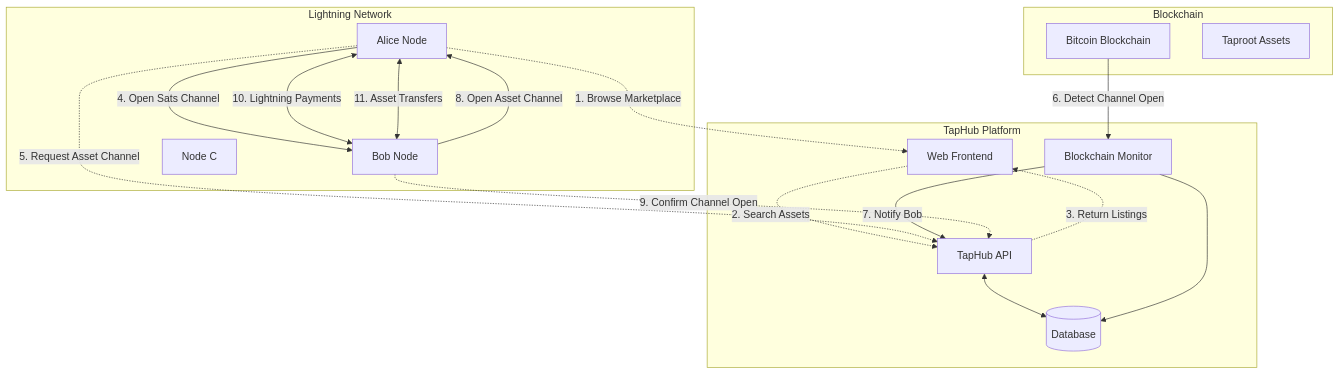
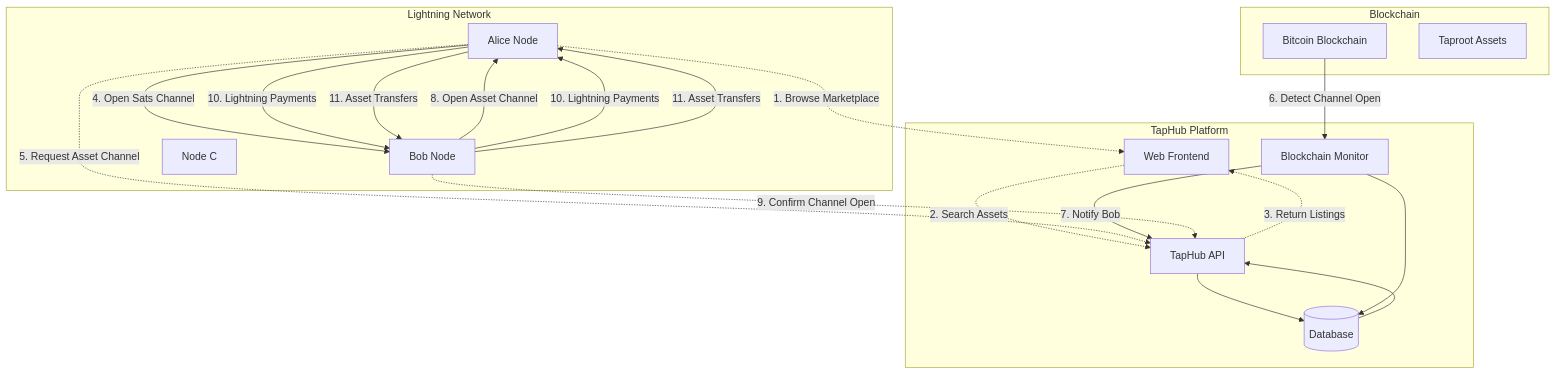
Before and after one commit to bitcoin-coder-bob/TapHub: the first of 4 diagrams in docs/taphub-architecture.md, drawn with Mermaid.

````diff
--- a/docs/taphub-architecture.md
+++ b/docs/taphub-architecture.md
@@ -9,39 +9,42 @@
 ```mermaid
 flowchart TB
     subgraph Platform[TapHub Platform]
         WEB[Web Frontend]
         API[TapHub API]
         MONITOR[Blockchain Monitor]
         DB[(Database)]
     end
 
     subgraph Network[Lightning Network]
         ALICE[Alice Node]
         BOB[Bob Node]
         NODE_C[Node C]
     end
 
     subgraph Chain[Blockchain]
         BTC[Bitcoin Blockchain]
         TAP[Taproot Assets]
     end
 
     ALICE -.->|1. Browse Marketplace| WEB
     WEB -.->|2. Search Assets| API
     API -.->|3. Return Listings| WEB
     
     ALICE -->|4. Open Sats Channel| BOB
     ALICE -.->|5. Request Asset Channel| API
     
     BTC -->|6. Detect Channel Open| MONITOR
     MONITOR -->|7. Notify Bob| API
     
     BOB -->|8. Open Asset Channel| ALICE
     BOB -.->|9. Confirm Channel Open| API
     
-    ALICE <-->|10. Lightning Payments| BOB
-    ALICE <-->|11. Asset Transfers| BOB
+    ALICE -->|10. Lightning Payments| BOB
+    BOB -->|10. Lightning Payments| ALICE
+    ALICE -->|11. Asset Transfers| BOB
+    BOB -->|11. Asset Transfers| ALICE
     
-    API <--> DB
+    API --> DB
+    DB --> API
     MONITOR --> DB
 ```
````
